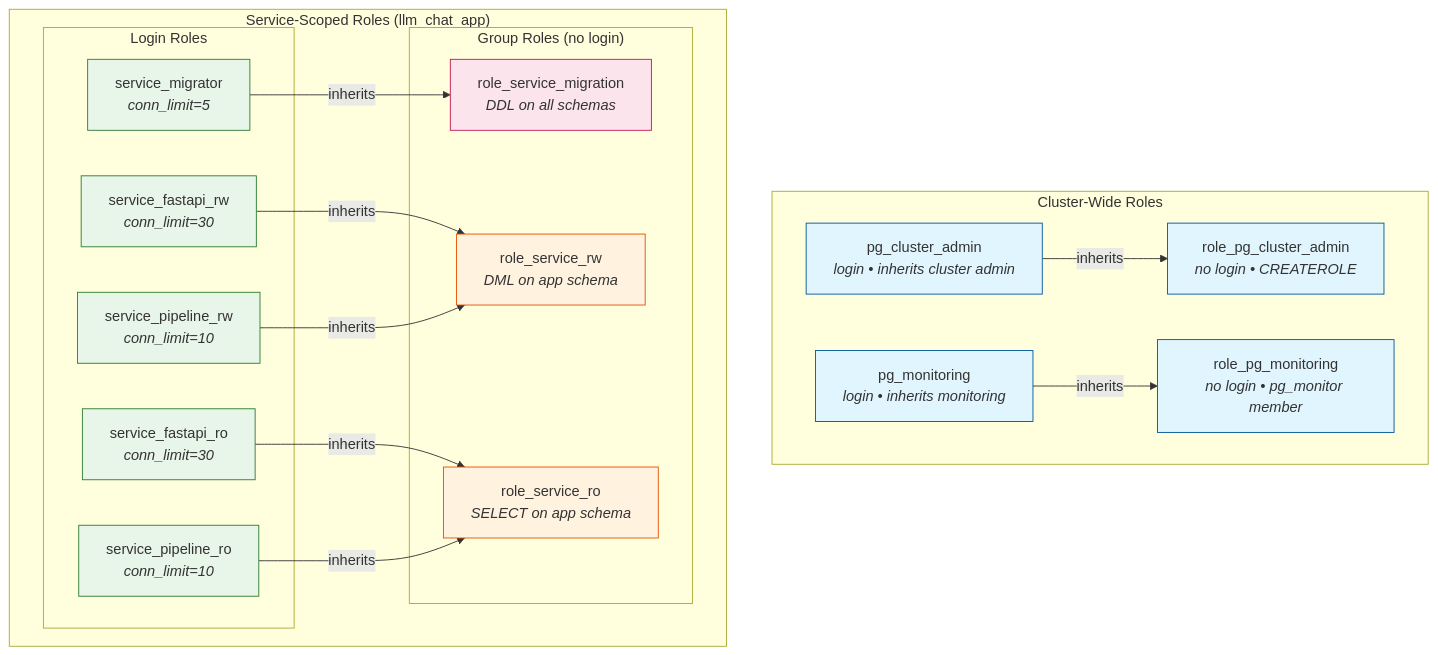
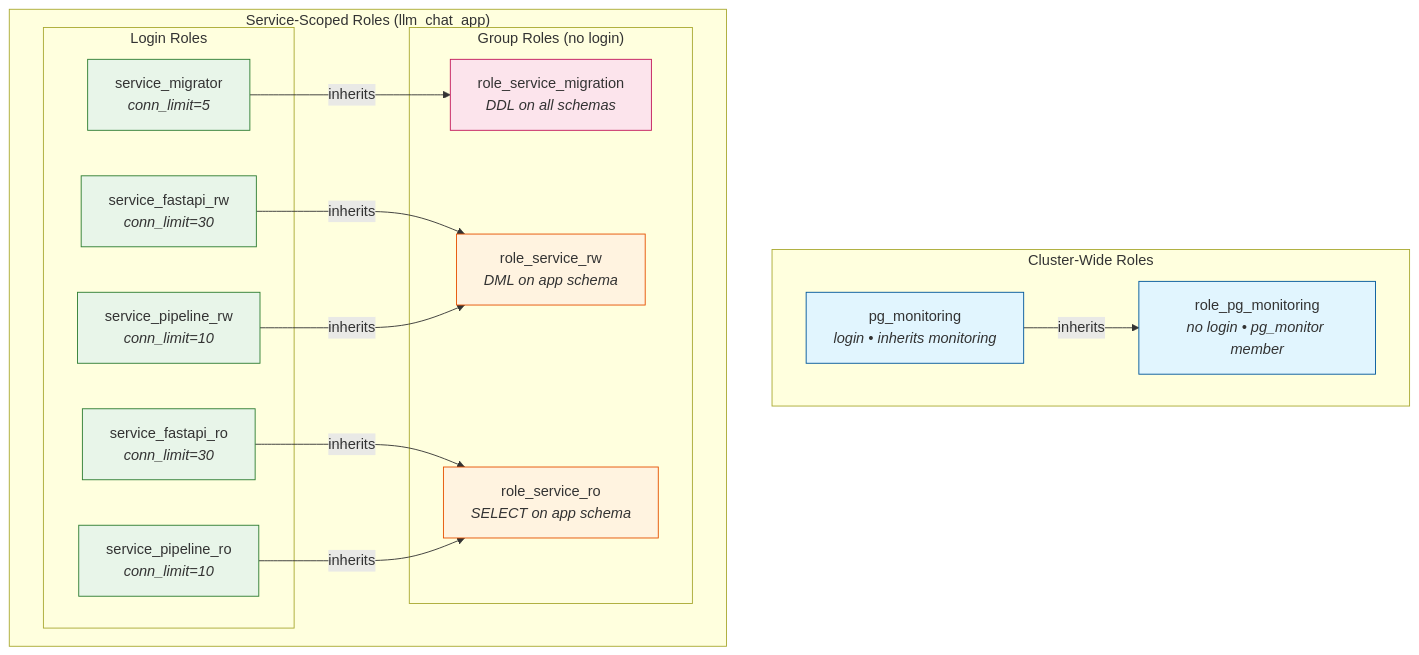
The first of 2 diagrams in examples/llm_chat_app/README.md (masterpointio/terraform-postgres-config-dbs-users-roles), drawn with Mermaid before and after one commit. The commit also changed other lines of this file and 1 other file, not shown here.

Commit message:
examples: remove the pg admin role, we'll use the admin_user that we create in aws

````diff
--- a/examples/llm_chat_app/README.md
+++ b/examples/llm_chat_app/README.md
@@ -108,45 +106,42 @@
 ```mermaid
 flowchart TB
     subgraph cluster["Cluster-Wide Roles"]
-        role_admin["role_pg_cluster_admin<br/><i>no login • CREATEROLE</i>"]
-        pg_admin["pg_cluster_admin<br/><i>login • inherits cluster admin</i>"]
         role_monitoring["role_pg_monitoring<br/><i>no login • pg_monitor member</i>"]
         pg_monitoring["pg_monitoring<br/><i>login • inherits monitoring</i>"]
 
-        pg_admin -->|inherits| role_admin
         pg_monitoring -->|inherits| role_monitoring
     end
 
     subgraph service["Service-Scoped Roles (llm_chat_app)"]
         subgraph groups["Group Roles (no login)"]
             migration["role_service_migration<br/><i>DDL on all schemas</i>"]
             rw["role_service_rw<br/><i>DML on app schema</i>"]
             ro["role_service_ro<br/><i>SELECT on app schema</i>"]
         end
 
         subgraph logins["Login Roles"]
             migrator["service_migrator<br/><i>conn_limit=5</i>"]
             fastapi_rw["service_fastapi_rw<br/><i>conn_limit=30</i>"]
             fastapi_ro["service_fastapi_ro<br/><i>conn_limit=30</i>"]
             pipeline_rw["service_pipeline_rw<br/><i>conn_limit=10</i>"]
             pipeline_ro["service_pipeline_ro<br/><i>conn_limit=10</i>"]
         end
     end
 
     migrator -->|inherits| migration
     fastapi_rw -->|inherits| rw
     fastapi_ro -->|inherits| ro
     pipeline_rw -->|inherits| rw
     pipeline_ro -->|inherits| ro
 
     classDef clusterRole fill:#e1f5fe,stroke:#01579b
     classDef groupRole fill:#fff3e0,stroke:#e65100
     classDef loginRole fill:#e8f5e9,stroke:#2e7d32
     classDef migrationGroup fill:#fce4ec,stroke:#c2185b
 
-    class role_admin,role_monitoring clusterRole
-    class pg_admin,pg_monitoring clusterRole
+    class role_monitoring clusterRole
+    class pg_monitoring clusterRole
     class rw,ro groupRole
     class migration migrationGroup
     class migrator,fastapi_rw,fastapi_ro,pipeline_rw,pipeline_ro loginRole
 ```
````
